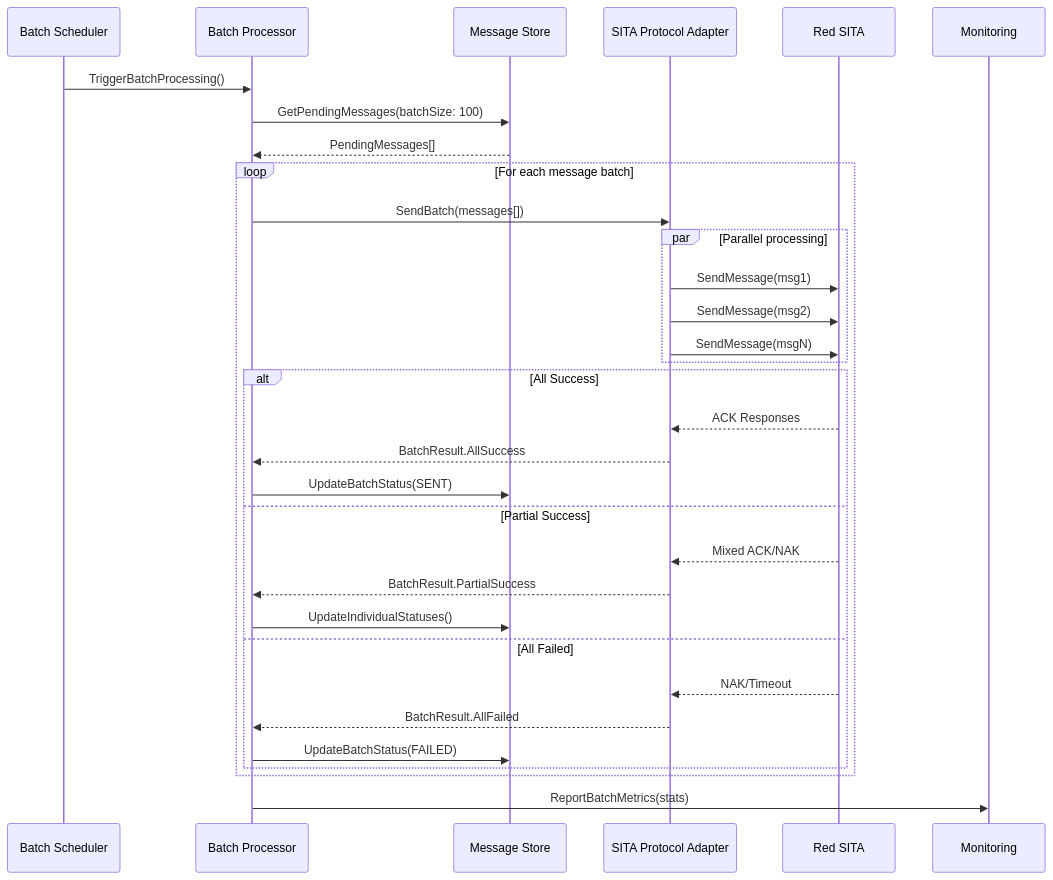
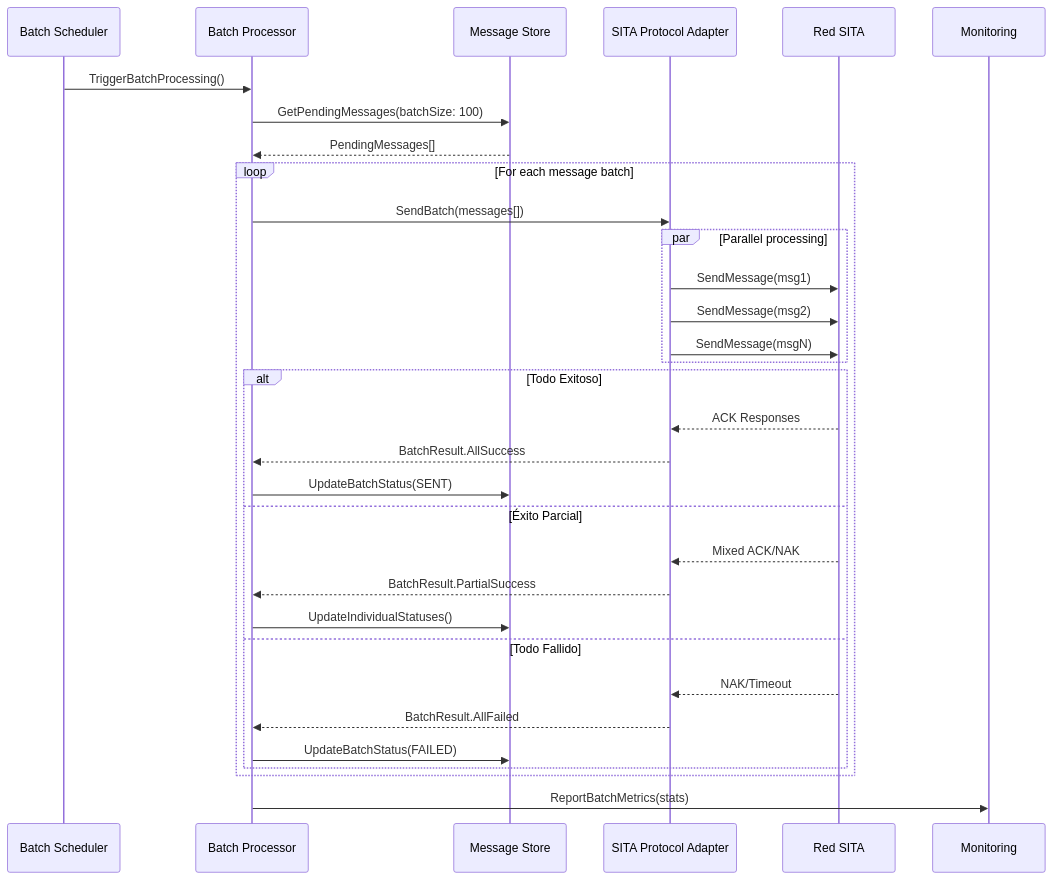
The third of 3 diagrams in docs/servicio-mensajeria-sita/06-vista-tiempo-ejecucion.md (jclemente-tlm/tlm-arq-servicios-corporativos), drawn with Mermaid before and after one commit. The commit also changed other lines of this file and 48 other files, not shown here.

````diff
--- a/docs/servicio-mensajeria-sita/06-vista-tiempo-ejecucion.md
+++ b/docs/servicio-mensajeria-sita/06-vista-tiempo-ejecucion.md
@@ -102,39 +102,39 @@
 ```mermaid
 sequenceDiagram
     participant Scheduler as Batch Scheduler
     participant Processor as Batch Processor
     participant DB as Message Store
     participant Adapter as SITA Protocol Adapter
     participant SITA as Red SITA
     participant Monitor as Monitoring
 
     Scheduler->>Processor: TriggerBatchProcessing()
     Processor->>DB: GetPendingMessages(batchSize: 100)
     DB-->>Processor: PendingMessages[]
 
     loop For each message batch
         Processor->>Adapter: SendBatch(messages[])
 
         par Parallel processing
             Adapter->>SITA: SendMessage(msg1)
             Adapter->>SITA: SendMessage(msg2)
             Adapter->>SITA: SendMessage(msgN)
         end
 
-        alt All Success
+        alt Todo Exitoso
             SITA-->>Adapter: ACK Responses
             Adapter-->>Processor: BatchResult.AllSuccess
             Processor->>DB: UpdateBatchStatus(SENT)
-        else Partial Success
+        else Éxito Parcial
             SITA-->>Adapter: Mixed ACK/NAK
             Adapter-->>Processor: BatchResult.PartialSuccess
             Processor->>DB: UpdateIndividualStatuses()
-        else All Failed
+        else Todo Fallido
             SITA-->>Adapter: NAK/Timeout
             Adapter-->>Processor: BatchResult.AllFailed
             Processor->>DB: UpdateBatchStatus(FAILED)
         end
     end
 
     Processor->>Monitor: ReportBatchMetrics(stats)
 ```
````
